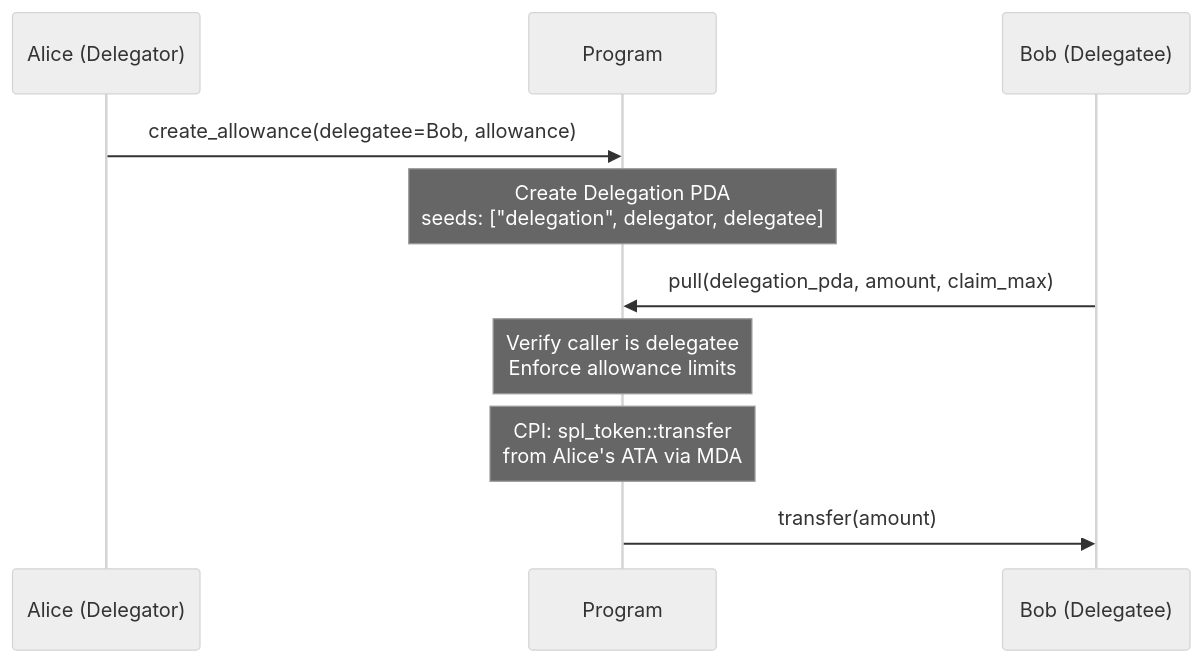
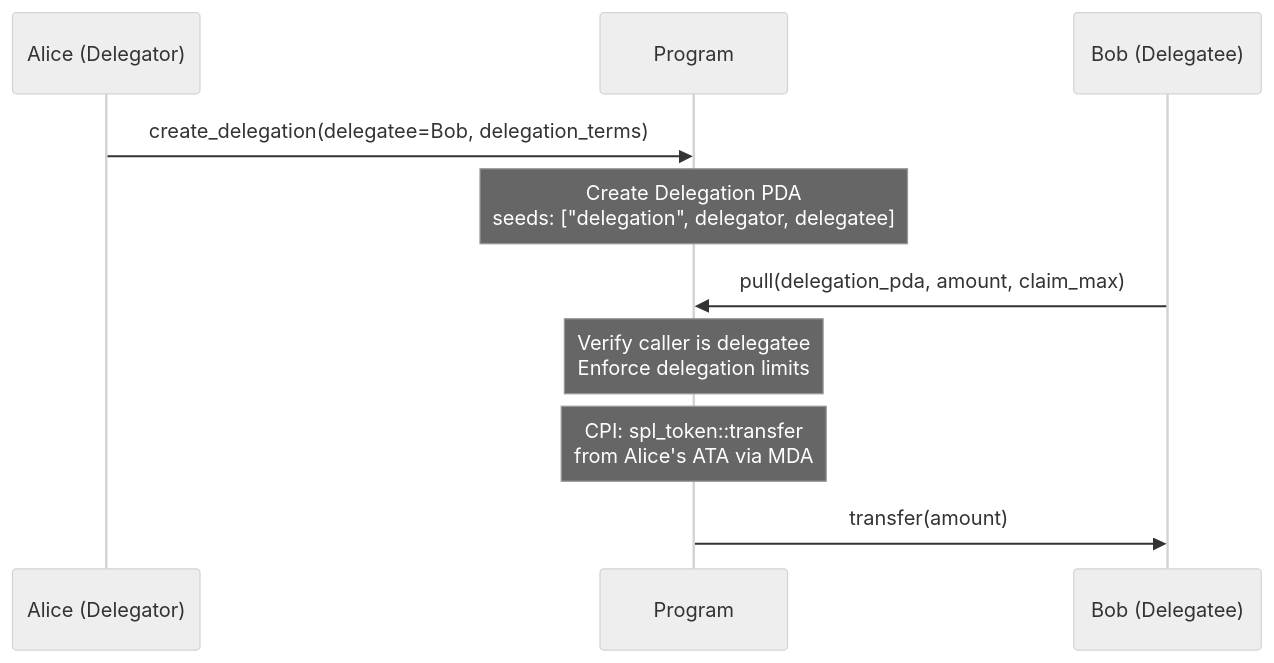
Before and after one commit to solana-program/multi-delegator: the third of 6 diagrams in docs/001-multi-delegator-architecture.md, drawn with Mermaid (neutral theme). The commit also changed other lines of this file and 22 other files, not shown here.

````diff
--- a/docs/001-multi-delegator-architecture.md
+++ b/docs/001-multi-delegator-architecture.md
@@ -309,14 +309,14 @@
 ```mermaid
 sequenceDiagram
     participant U as Alice (Delegator)
     participant P as Program
     participant B as Bob (Delegatee)
 
-    U->>P: create_allowance(delegatee=Bob, allowance)
+    U->>P: create_delegation(delegatee=Bob, delegation_terms)
     Note over P: Create Delegation PDA<br/>seeds: ["delegation", delegator, delegatee]
 
     B->>P: pull(delegation_pda, amount, claim_max)
-    Note over P: Verify caller is delegatee<br/>Enforce allowance limits
+    Note over P: Verify caller is delegatee<br/>Enforce delegation limits
     Note over P: CPI: spl_token::transfer<br/>from Alice's ATA via MDA
     P->>B: transfer(amount)
 ```
````
